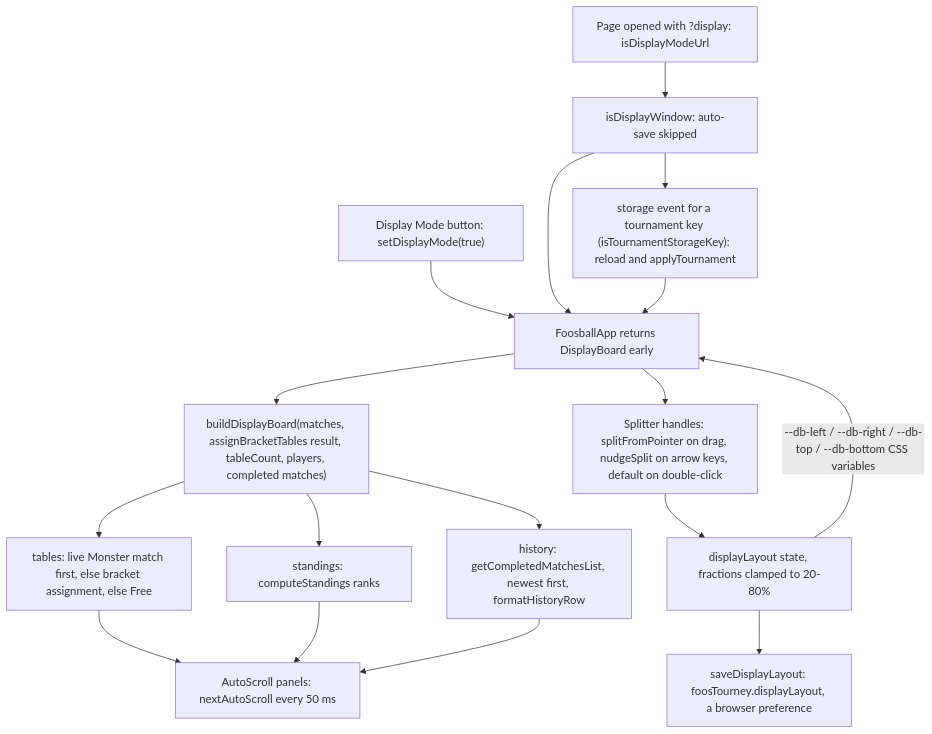
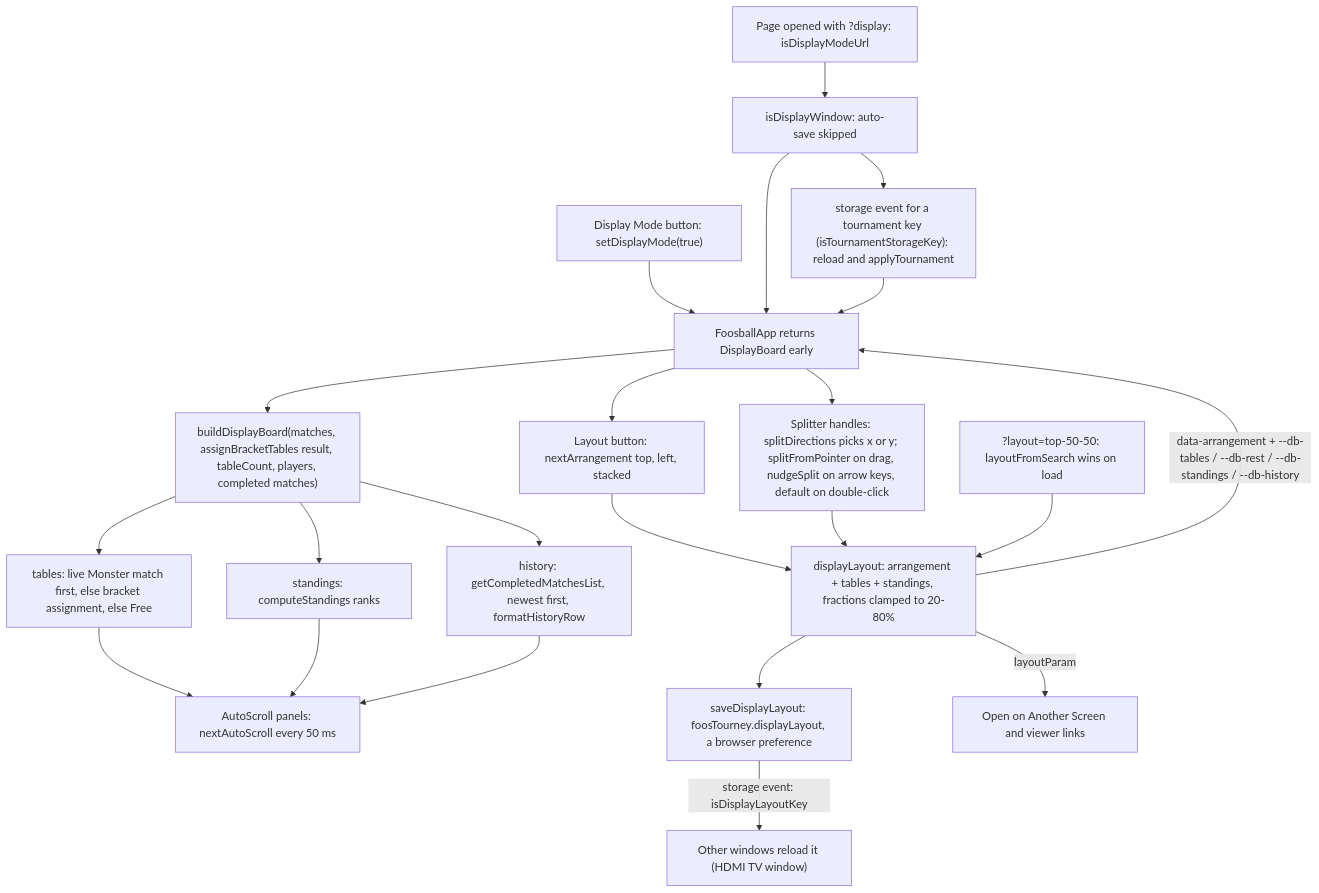
One commit to DT209/foos-tourney changed diagram 11 of 12 in .claude/Flow.md. Above: the diagram before and after it, drawn with Mermaid. The commit also changed other lines of this file and 9 other files, not shown here.

First line of the commit message:
Display Mode layouts: tables on top by default, three arrangements, TV-friendly resizing

````diff
--- a/.claude/Flow.md
+++ b/.claude/Flow.md
@@ -230,19 +230,24 @@
 ```mermaid
 flowchart TD
     BTN["Display Mode button: setDisplayMode(true)"] --> RENDER
     URL["Page opened with ?display: isDisplayModeUrl"] --> DW["isDisplayWindow: auto-save skipped"]
     DW --> RENDER["FoosballApp returns DisplayBoard early"]
     RENDER --> BB["buildDisplayBoard(matches, assignBracketTables result, tableCount, players, completed matches)"]
     BB --> T["tables: live Monster match first, else bracket assignment, else Free"]
     BB --> S["standings: computeStandings ranks"]
     BB --> H["history: getCompletedMatchesList, newest first, formatHistoryRow"]
     T --> AS["AutoScroll panels: nextAutoScroll every 50 ms"]
     S --> AS
     H --> AS
     DW --> SE["storage event for a tournament key (isTournamentStorageKey): reload and applyTournament"]
     SE --> RENDER
-    RENDER --> SP["Splitter handles: splitFromPointer on drag, nudgeSplit on arrow keys, default on double-click"]
-    SP --> LY["displayLayout state, fractions clamped to 20-80%"]
-    LY -->|"--db-left / --db-right / --db-top / --db-bottom CSS variables"| RENDER
+    RENDER --> SP["Splitter handles: splitDirections picks x or y; splitFromPointer on drag, nudgeSplit on arrow keys, default on double-click"]
+    RENDER --> LB["Layout button: nextArrangement top, left, stacked"]
+    LB --> LY
+    SP --> LY["displayLayout: arrangement + tables + standings, fractions clamped to 20-80%"]
+    LY -->|"data-arrangement + --db-tables / --db-rest / --db-standings / --db-history"| RENDER
     LY --> SV["saveDisplayLayout: foosTourney.displayLayout, a browser preference"]
+    SV -->|"storage event: isDisplayLayoutKey"| OW["Other windows reload it (HDMI TV window)"]
+    URLL["?layout=top-50-50: layoutFromSearch wins on load"] --> LY
+    LY -->|"layoutParam"| LINKS["Open on Another Screen and viewer links"]
 ```
````
